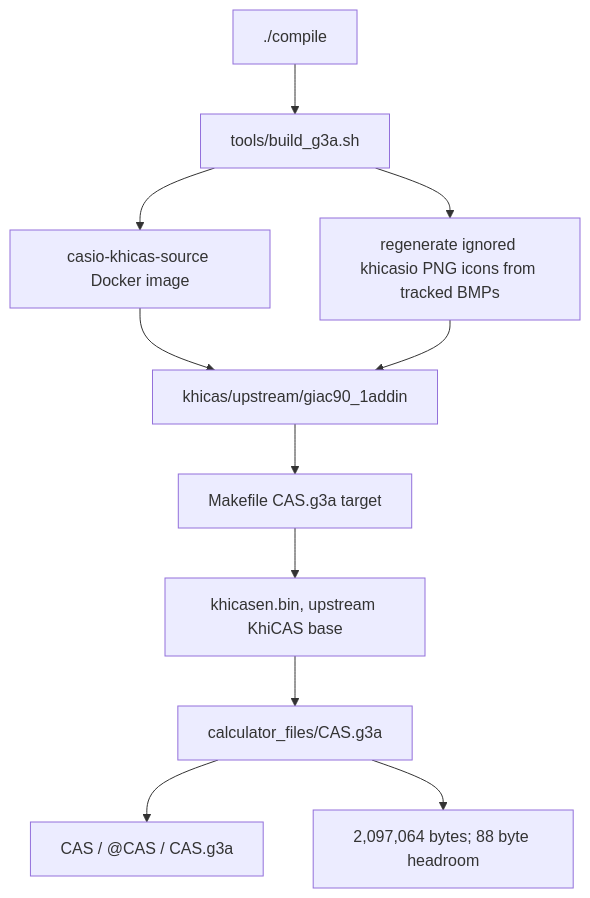
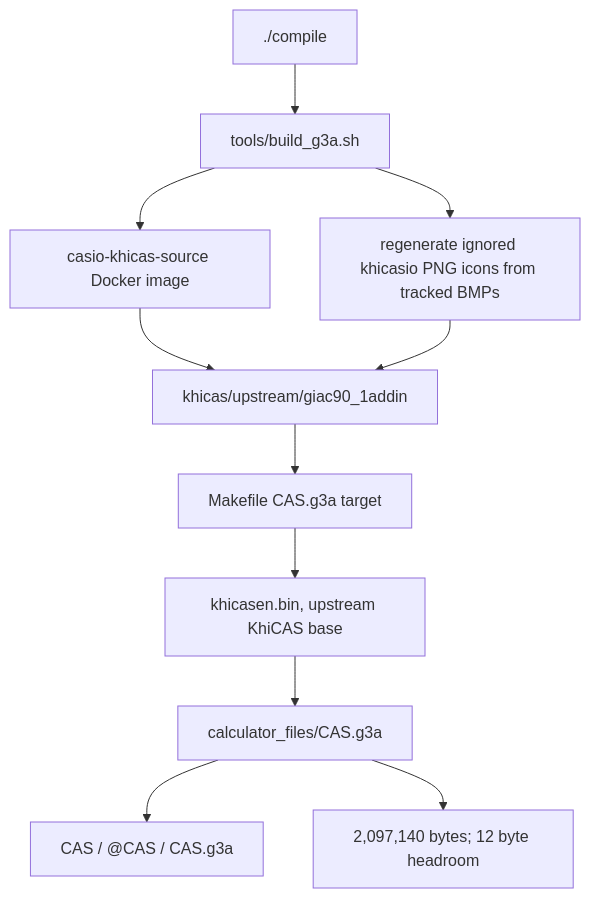
Before and after one commit to james8464/notes-addin-casio-fx-cg50: the first of 6 diagrams in docs/GRAPH.md, drawn with Mermaid. The commit also changed other lines of this file and 4 other files, not shown here.

````diff
--- a/docs/GRAPH.md
+++ b/docs/GRAPH.md
@@ -7,13 +7,13 @@
 ```mermaid
 graph TD
   Compile["./compile"] --> Build["tools/build_g3a.sh"]
   Build --> Docker["casio-khicas-source Docker image"]
   Docker --> Src["khicas/upstream/giac90_1addin"]
   Build --> Icons["regenerate ignored khicasio PNG icons from tracked BMPs"]
   Icons --> Src
   Src --> Make["Makefile CAS.g3a target"]
   Make --> Bin["khicasen.bin, upstream KhiCAS base"]
   Bin --> G3A["calculator_files/CAS.g3a"]
   G3A --> Meta["CAS / @CAS / CAS.g3a"]
-  G3A --> Size["2,097,064 bytes; 88 byte headroom"]
+  G3A --> Size["2,097,140 bytes; 12 byte headroom"]
 ```
````
